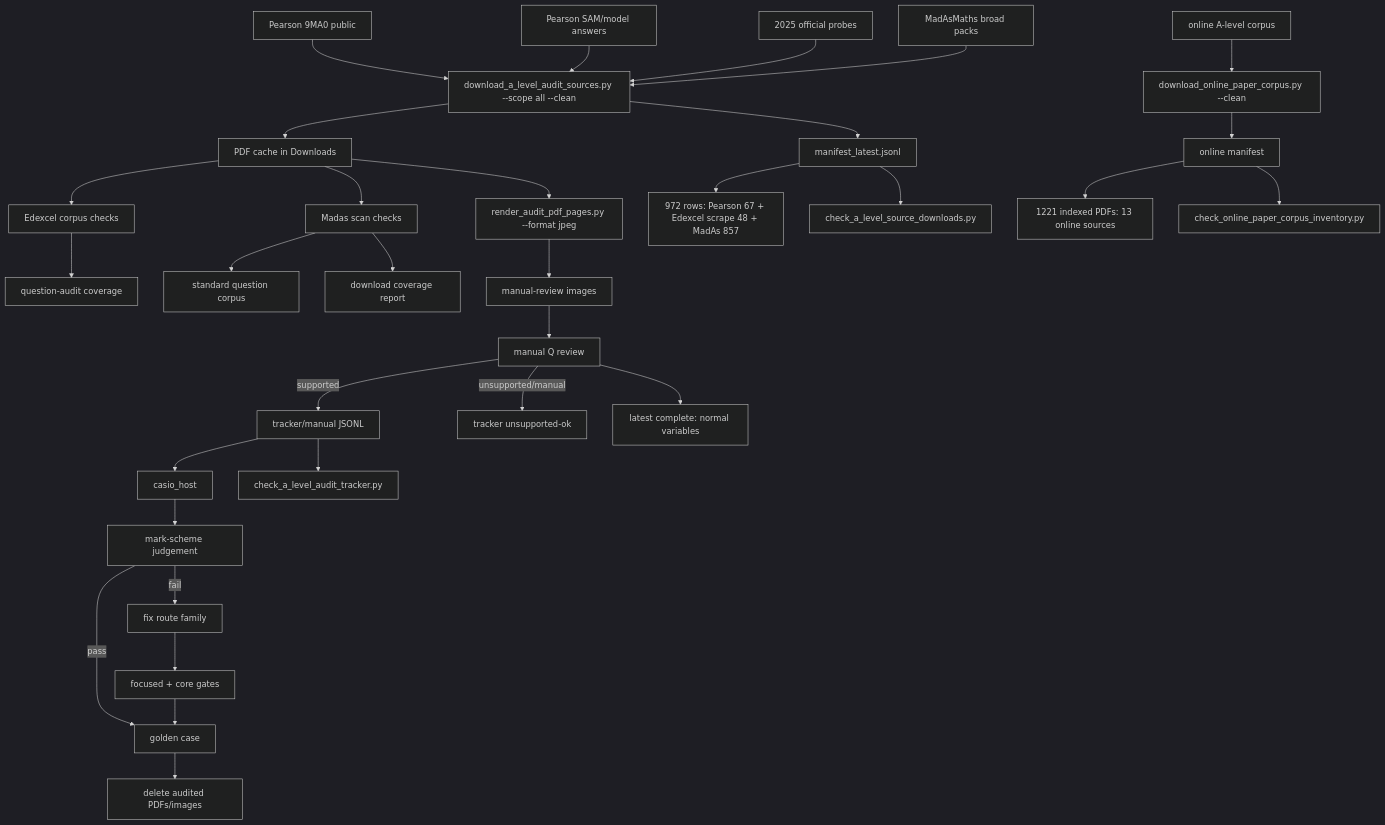
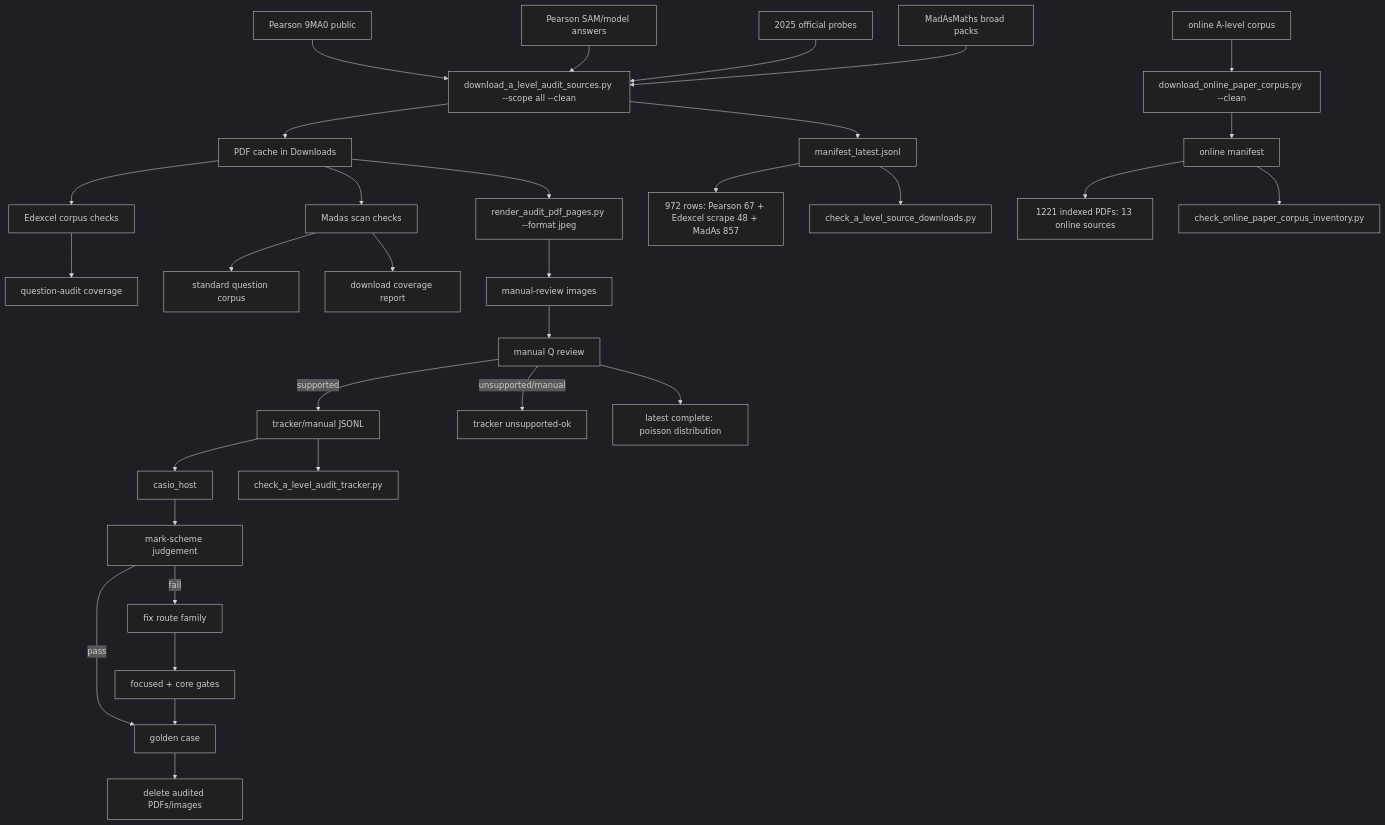
One commit to james8464/notes-addin-casio-fx-cg50 changed the diagram in c++/tools/golden/a_level_audit_graph.md. Above: the diagram before and after it, drawn with Mermaid (dark theme). The commit also changed other lines of this file and 2 other files, not shown here.

Commit message:
Audit poisson distribution booklet

````diff
--- a/c++/tools/golden/a_level_audit_graph.md
+++ b/c++/tools/golden/a_level_audit_graph.md
@@ -3,34 +3,34 @@
 ```mermaid
 graph TD
   E1["Pearson 9MA0 public"] --> D["download_a_level_audit_sources.py --scope all --clean"]
   E2["Pearson SAM/model answers"] --> D
   E3["2025 official probes"] --> D
   M1["MadAsMaths broad packs"] --> D
   O1["online A-level corpus"] --> OD["download_online_paper_corpus.py --clean"]
   D --> P["PDF cache in Downloads"]
   D --> X["manifest_latest.jsonl"]
   OD --> OX["online manifest"]
   X --> XC["972 rows: Pearson 67 + Edexcel scrape 48 + MadAs 857"]
   OX --> OC["1221 indexed PDFs: 13 online sources"]
   X --> V["check_a_level_source_downloads.py"]
   OX --> OV["check_online_paper_corpus_inventory.py"]
   P --> E["Edexcel corpus checks"]
   E --> EQ["question-audit coverage"]
   P --> S["Madas scan checks"]
   S --> M["standard question corpus"]
   S --> MC["download coverage report"]
   P --> R["render_audit_pdf_pages.py --format jpeg"]
   R --> I["manual-review images"]
   I --> Q["manual Q review"]
   Q -->|supported| J["tracker/manual JSONL"]
   Q -->|unsupported/manual| U["tracker unsupported-ok"]
   J --> H["casio_host"]
   J --> K["check_a_level_audit_tracker.py"]
   H --> C["mark-scheme judgement"]
   C -->|pass| G["golden case"]
   C -->|fail| F["fix route family"]
   F --> T["focused + core gates"]
   T --> G
   G --> Z["delete audited PDFs/images"]
-  Q --> QNormVars["latest complete: normal variables"]
+  Q --> QPoisson["latest complete: poisson distribution"]
 ```
````
